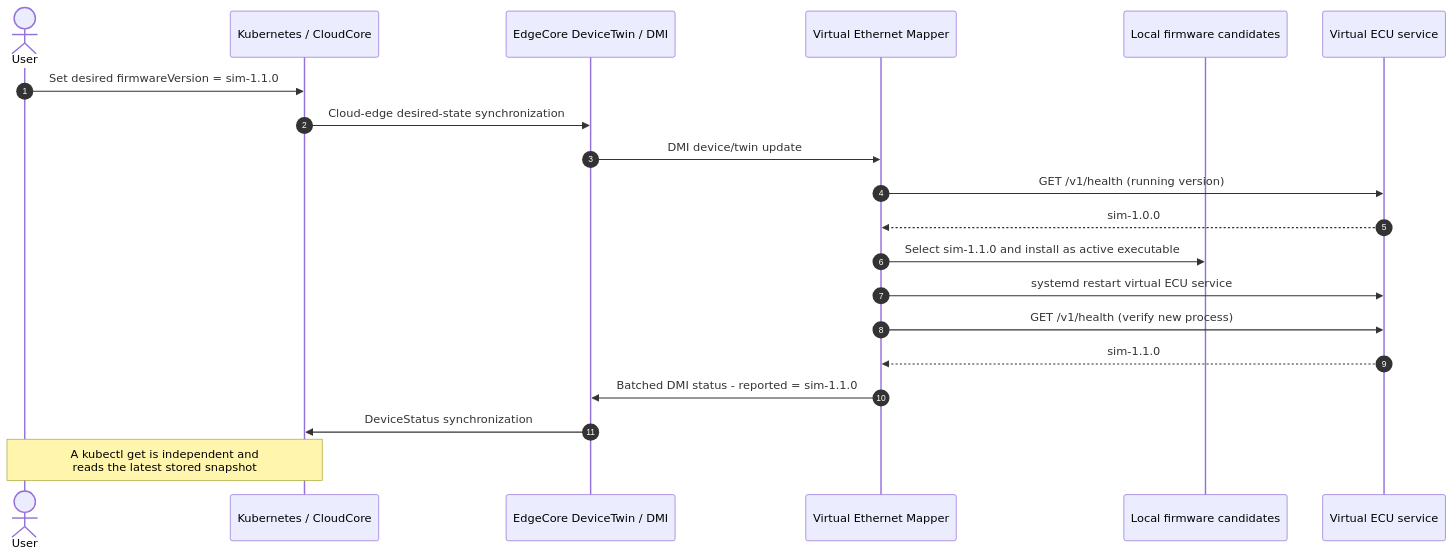
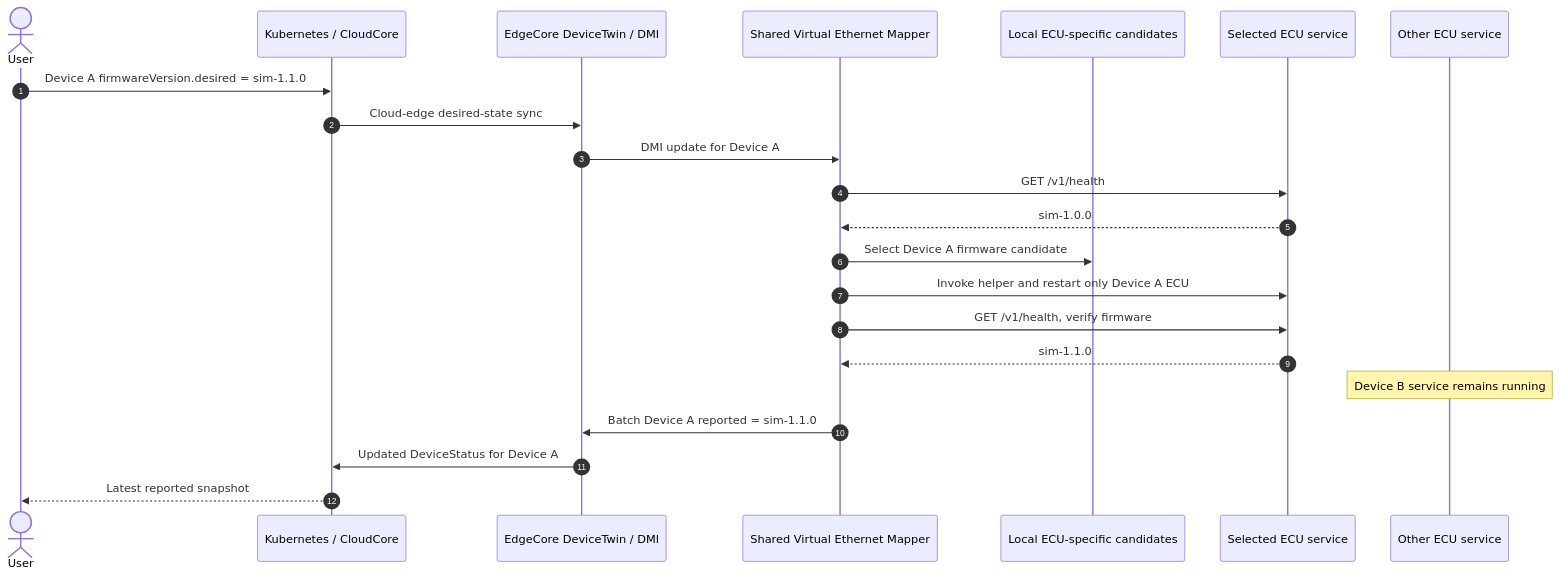
The tenth of 10 diagrams in README.md (neotera-eu/up2date4sdv-continuumx-playground), drawn with Mermaid before and after one commit. The commit also changed other lines of this file and 2 other files, not shown here.

Commit message:
Describe two-ECU VM architecture and runtime handoff.

````diff
--- a/README.md
+++ b/README.md
@@ -659,23 +729,25 @@
 ```mermaid
 sequenceDiagram
     autonumber
     actor User
     participant Cloud as Kubernetes / CloudCore
-    participant Twin as EdgeCore DeviceTwin / DMI
-    participant Mapper as Virtual Ethernet Mapper
-    participant FS as Local firmware candidates
-    participant ECU as Virtual ECU service
+    participant Edge as EdgeCore DeviceTwin / DMI
+    participant Mapper as Shared Virtual Ethernet Mapper
+    participant Candidates as Local ECU-specific candidates
+    participant Selected as Selected ECU service
+    participant Other as Other ECU service
 
-    User->>Cloud: Set desired firmwareVersion = sim-1.1.0
-    Cloud->>Twin: Cloud-edge desired-state synchronization
-    Twin->>Mapper: DMI device/twin update
-    Mapper->>ECU: GET /v1/health (running version)
-    ECU-->>Mapper: sim-1.0.0
-    Mapper->>FS: Select sim-1.1.0 and install as active executable
-    Mapper->>ECU: systemd restart virtual ECU service
-    Mapper->>ECU: GET /v1/health (verify new process)
-    ECU-->>Mapper: sim-1.1.0
-    Mapper->>Twin: Batched DMI status - reported = sim-1.1.0
-    Twin->>Cloud: DeviceStatus synchronization
-    Note over User,Cloud: A kubectl get is independent and <br/>reads the latest stored snapshot
+    User->>Cloud: Device A firmwareVersion.desired = sim-1.1.0
+    Cloud->>Edge: Cloud-edge desired-state sync
+    Edge->>Mapper: DMI update for Device A
+    Mapper->>Selected: GET /v1/health
+    Selected-->>Mapper: sim-1.0.0
+    Mapper->>Candidates: Select Device A firmware candidate
+    Mapper->>Selected: Invoke helper and restart only Device A ECU
+    Mapper->>Selected: GET /v1/health, verify firmware
+    Selected-->>Mapper: sim-1.1.0
+    Note over Other: Device B service remains running
+    Mapper->>Edge: Batch Device A reported = sim-1.1.0
+    Edge->>Cloud: Updated DeviceStatus for Device A
+    Cloud-->>User: Latest reported snapshot
 ```
````
